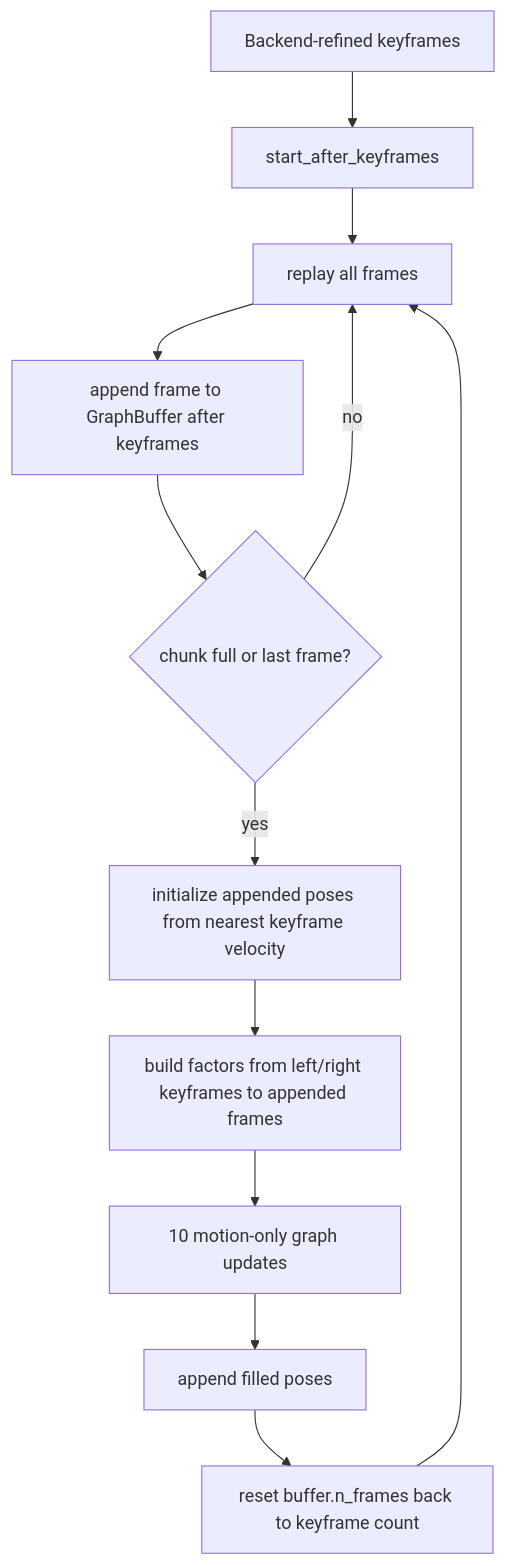
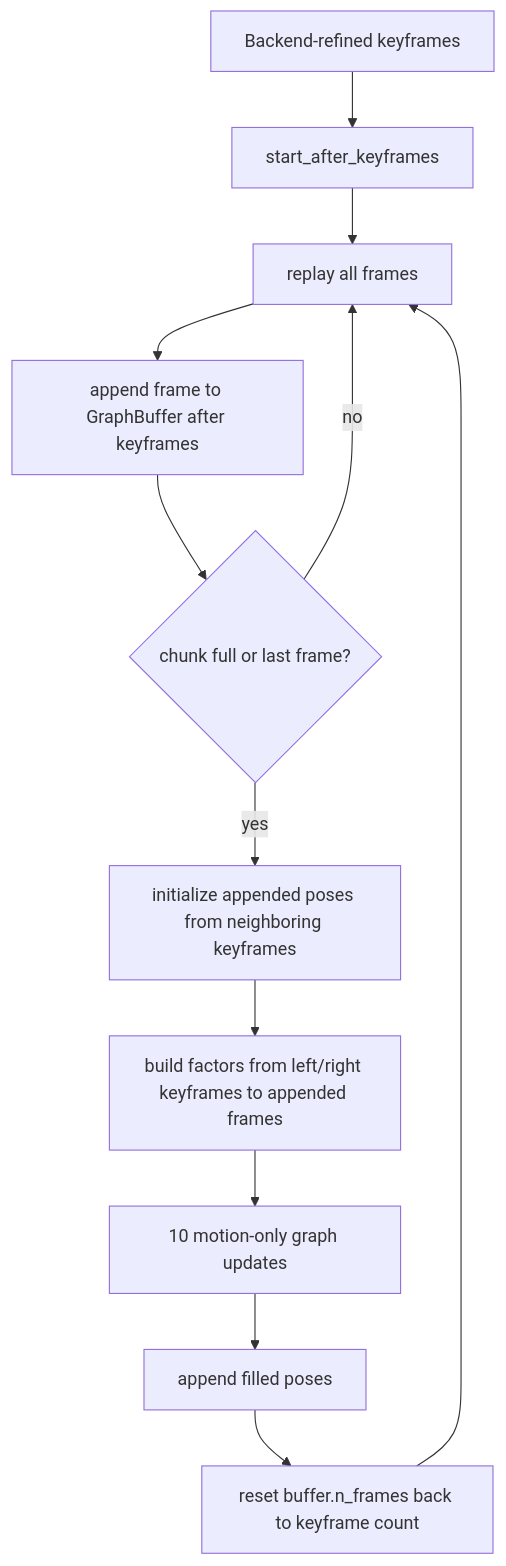
One commit to sadanand1120/vipe changed the fourth of 5 diagrams in fullexplain.md. Above: the diagram before and after it, drawn with Mermaid. The commit also changed other lines of this file and 24 other files, not shown here.

Commit message:
Unify data contract and extraction flow

````diff
--- a/fullexplain.md
+++ b/fullexplain.md
@@ -819,14 +746,14 @@
 ```mermaid
 flowchart TD
     A[Backend-refined keyframes] --> B[start_after_keyframes]
     B --> C[replay all frames]
     C --> D[append frame to GraphBuffer after keyframes]
     D --> E{chunk full or last frame?}
     E -->|no| C
-    E -->|yes| F[initialize appended poses from nearest keyframe velocity]
+    E -->|yes| F[initialize appended poses from neighboring keyframes]
     F --> G[build factors from left/right keyframes to appended frames]
     G --> H[10 motion-only graph updates]
     H --> I[append filled poses]
     I --> J[reset buffer.n_frames back to keyframe count]
     J --> C
 ```
````
